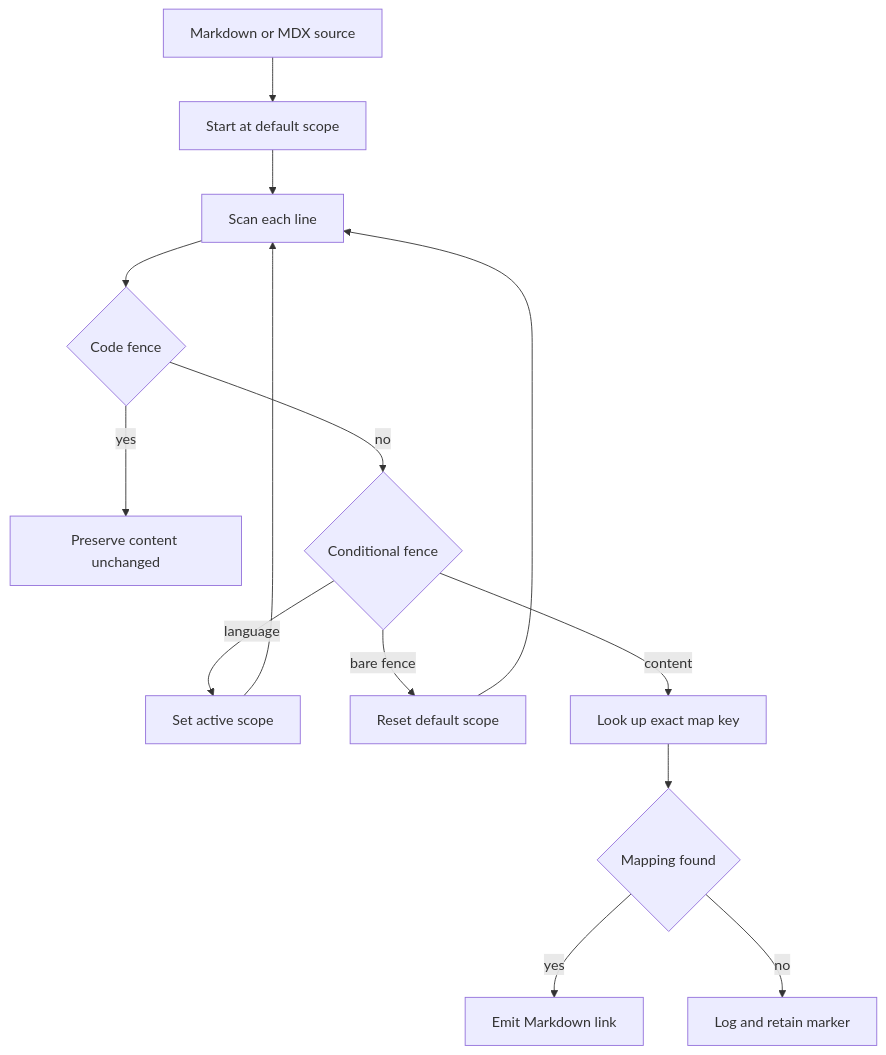
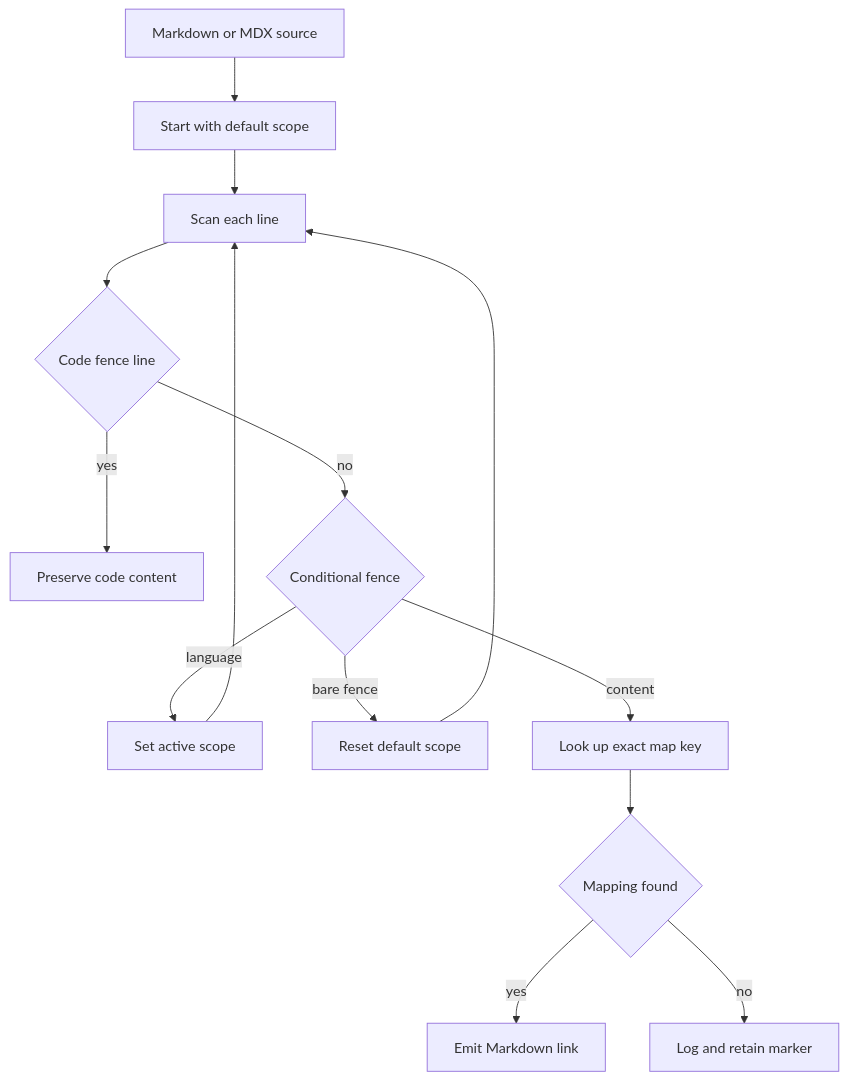
Before and after one commit to rishi-raj-jain/docs-1: the diagram in openwiki/operations/cross-references.md, drawn with Mermaid. The commit also changed other lines of this file and 26 other files, not shown here.

````diff
--- a/openwiki/operations/cross-references.md
+++ b/openwiki/operations/cross-references.md
@@ -61,16 +61,16 @@
 ```mermaid
 flowchart TD
-    Source["Markdown or MDX source"] --> Scope["Start at default scope"]
-    Scope --> Scan["Scan each line"]
-    Scan --> Code{"Code fence"}
-    Code -->|"yes"| Preserve["Preserve content unchanged"]
+    Source["Markdown or MDX source"] --> Start["Start with default scope"]
+    Start --> Scan["Scan each line"]
+    Scan --> Code{"Code fence line"}
+    Code -->|"yes"| Preserve["Preserve code content"]
     Code -->|"no"| Conditional{"Conditional fence"}
     Conditional -->|"language"| SetScope["Set active scope"]
     Conditional -->|"bare fence"| Reset["Reset default scope"]
     Conditional -->|"content"| Lookup["Look up exact map key"]
     SetScope --> Scan
     Reset --> Scan
     Lookup --> Found{"Mapping found"}
     Found -->|"yes"| Link["Emit Markdown link"]
     Found -->|"no"| Literal["Log and retain marker"]
 ```
````
